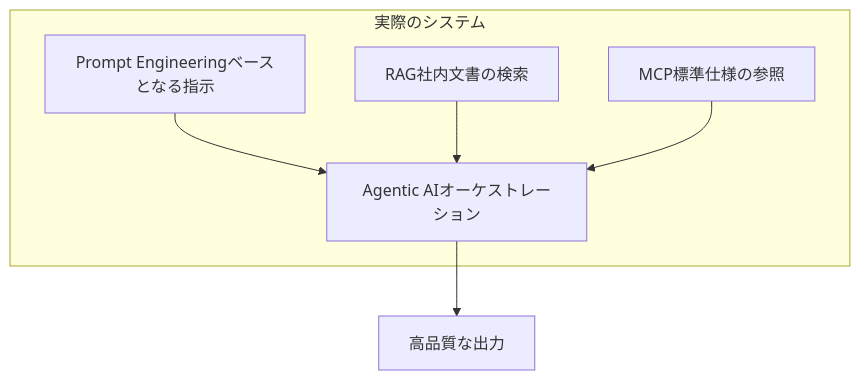
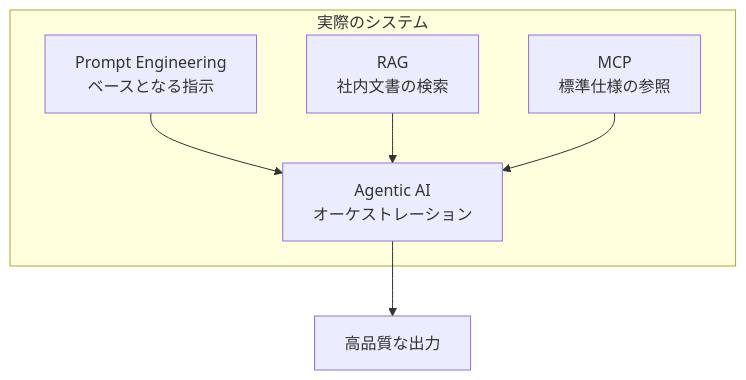
One commit to shuji-bonji/ai-agent-architecture changed the sixth of 13 diagrams in docs/ja/concepts/04-ai-design-patterns.md. Above: the diagram before and after it, drawn with Mermaid. The commit also changed other lines of this file and 8 other files, not shown here.

````diff
--- a/docs/ja/concepts/04-ai-design-patterns.md
+++ b/docs/ja/concepts/04-ai-design-patterns.md
@@ -227,15 +285,15 @@
 ```mermaid
 graph TB
     subgraph 実際のシステム
-        PE[Prompt Engineering<bn>ベースとなる指示]
-        RAG_COMP[RAG<bn>社内文書の検索]
-        MCP_COMP[MCP<bn>標準仕様の参照]
-        AGENT[Agentic AI<bn>オーケストレーション]
+        PE[Prompt Engineering<br>ベースとなる指示]
+        RAG_COMP[RAG<br>社内文書の検索]
+        MCP_COMP[MCP<br>標準仕様の参照]
+        AGENT[Agentic AI<br>オーケストレーション]
     end
 
     PE --> AGENT
     RAG_COMP --> AGENT
     MCP_COMP --> AGENT
 
     AGENT --> OUTPUT[高品質な出力]
 ```
````
